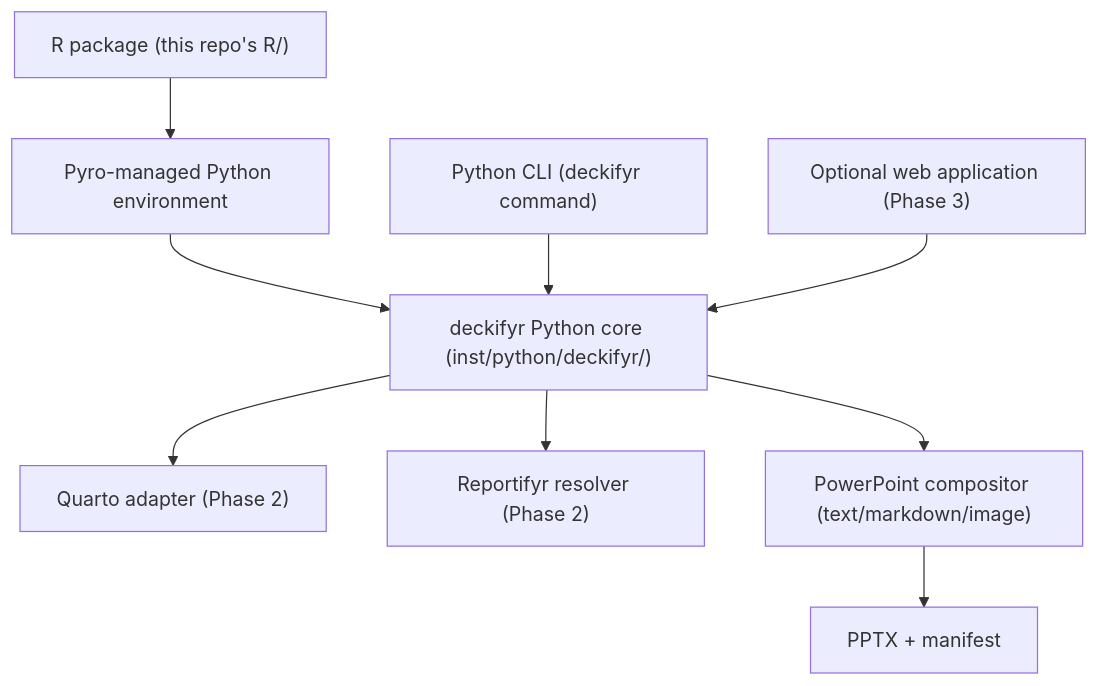
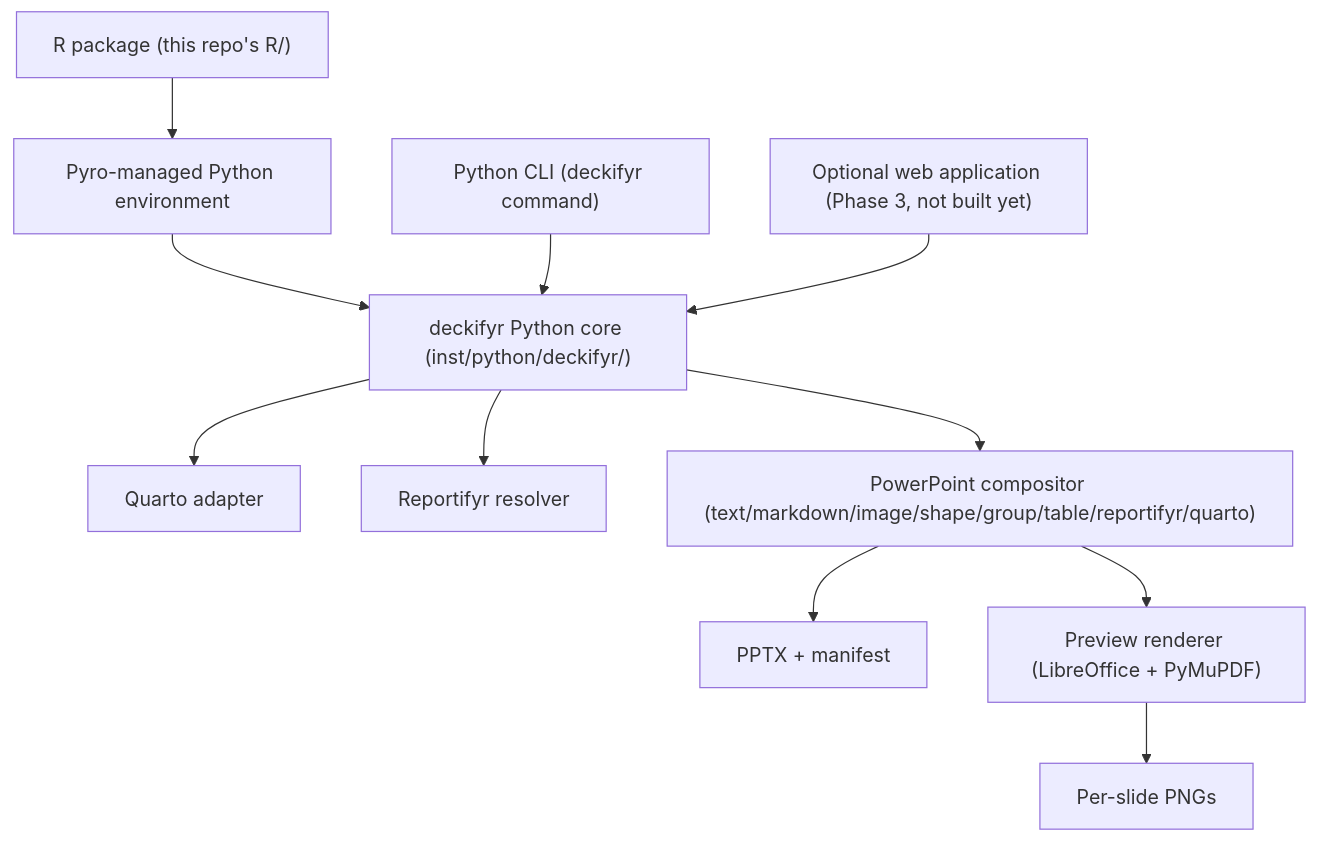
The diagram in README.md (jprybylski/deckifyr), drawn with Mermaid before and after one commit. The commit also changed other lines of this file and 23 other files, not shown here.

````diff
--- a/README.md
+++ b/README.md
@@ -39,11 +44,13 @@
 ```mermaid
 flowchart TD
     R["R package (this repo's R/)"] --> P["Pyro-managed Python environment"]
     P --> C["deckifyr Python core (inst/python/deckifyr/)"]
     CLI["Python CLI (deckifyr command)"] --> C
-    WEB["Optional web application (Phase 3)"] --> C
-    C --> Q["Quarto adapter (Phase 2)"]
-    C --> RF["Reportifyr resolver (Phase 2)"]
-    C --> PPTX["PowerPoint compositor (text/markdown/image)"]
+    WEB["Optional web application (Phase 3, not built yet)"] --> C
+    C --> Q["Quarto adapter"]
+    C --> RF["Reportifyr resolver"]
+    C --> PPTX["PowerPoint compositor (text/markdown/image/shape/group/table/reportifyr/quarto)"]
     PPTX --> OUT["PPTX + manifest"]
+    PPTX --> PREVIEW["Preview renderer (LibreOffice + PyMuPDF)"]
+    PREVIEW --> PNG["Per-slide PNGs"]
 ```
````
